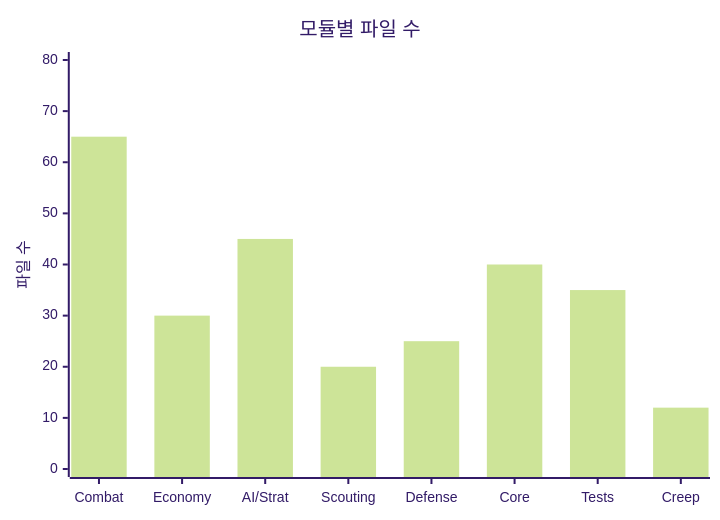
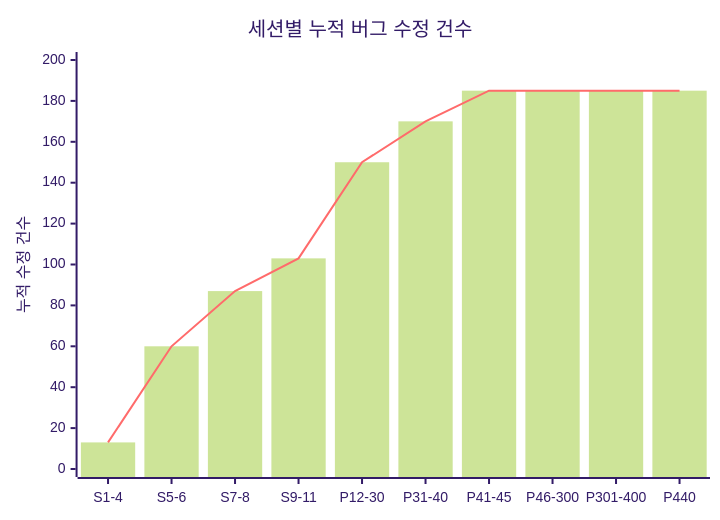
Before and after one commit to sun475300-sudo/Swarm-control-in-sc2bot: diagram 25 of 33 in README.md, drawn with Mermaid (forest theme). The commit also changed other lines of this file, not shown here.

````diff
--- a/README.md
+++ b/README.md
@@ -1259,7 +1228,8 @@
 ```mermaid
 xychart-beta
-    title "모듈별 파일 수"
-    x-axis ["Combat", "Economy", "AI/Strat", "Scouting", "Defense", "Core", "Tests", "Creep"]
-    y-axis "파일 수" 0 --> 80
-    bar [65, 30, 45, 20, 25, 40, 35, 12]
+    title "세션별 누적 버그 수정 건수"
+    x-axis ["S1-4", "S5-6", "S7-8", "S9-11", "P12-30", "P31-40", "P41-45", "P46-300", "P301-400", "P440"]
+    y-axis "누적 수정 건수" 0 --> 200
+    bar [13, 60, 87, 103, 150, 170, 185, 185, 185, 185]
+    line [13, 60, 87, 103, 150, 170, 185, 185, 185, 185]
 ```
````
